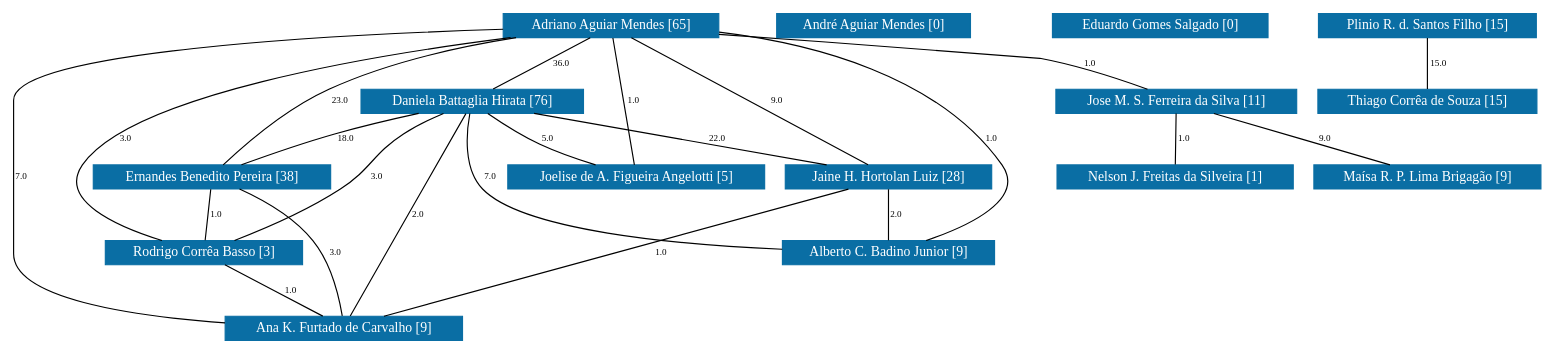
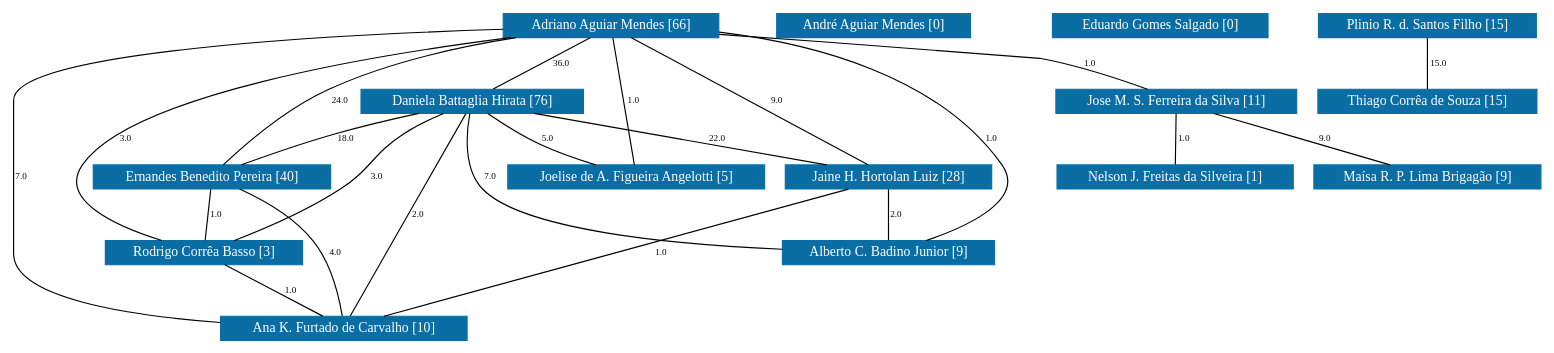
One commit to icamps/unifal-lattes.github.io changed the diagram in PPGBiotec/grafoDeColaboracoesComPesos.dot. Above: the diagram before and after it, drawn with Graphviz. The commit also changed 868 other files, not shown here.

```diff
--- a/PPGBiotec/grafoDeColaboracoesComPesos.dot
+++ b/PPGBiotec/grafoDeColaboracoesComPesos.dot
@@ -12,7 +12,7 @@
 		color="#0A6EA4",
 		fontcolor="#FFFFFF",
 		height=0.29167,
-		label="Adriano Aguiar Mendes [65]",
+		label="Adriano Aguiar Mendes [66]",
 		pos="411,274.5",
 		width=2.1389];
 	2	 [URL="membro-5292381247624407.html",
@@ -30,11 +30,11 @@
 		color="#0A6EA4",
 		fontcolor="#FFFFFF",
 		height=0.29167,
-		label="Ernandes Benedito Pereira [38]",
+		label="Ernandes Benedito Pereira [40]",
 		pos="149,142.5",
 		width=2.3056];
 	0 -- 4	 [fontsize=8,
-		label=23.0,
+		label=24.0,
 		lp="258,208.5",
 		pos="369.44,263.92 336.25,254.58 289.16,239.29 251,219 215.43,200.09 178.88,169.4 160.72,153.24"];
 	5	 [URL="membro-3433047807065363.html",
@@ -96,13 +96,13 @@
 		color="#0A6EA4",
 		fontcolor="#FFFFFF",
 		height=0.29167,
-		label="Ana K. Furtado de Carvalho [9]",
+		label="Ana K. Furtado de Carvalho [10]",
 		pos="243,10.5",
-		width=2.375];
+		width=2.4583];
 	0 -- 14	 [fontsize=8,
 		label=7.0,
 		lp="5,142.5",
-		pos="333.69,269.8 214.64,261.51 0,241.92 0,208.5 0,208.5 0,208.5 0,76.5 0,42.948 87.366,25.903 157.33,17.633"];
+		pos="333.69,269.8 214.64,261.51 0,241.92 0,208.5 0,208.5 0,208.5 0,76.5 0,43.44 84.824,26.406 154.24,18.002"];
 	2 -- 4	 [fontsize=8,
 		label=18.0,
 		lp="247,175.5",
@@ -132,7 +132,7 @@
 		lp="149,109.5",
 		pos="147.07,131.9 144.85,119.65 141.2,99.622 138.96,87.297"];
 	4 -- 14	 [fontsize=8,
-		label=3.0,
+		label=4.0,
 		lp="233,76.5",
 		pos="166.39,131.98 181.43,122.08 202.78,105.95 216,87 230.51,66.208 237.96,36.834 241.11,21.226"];
 	5 -- 12	 [fontsize=8,
```
